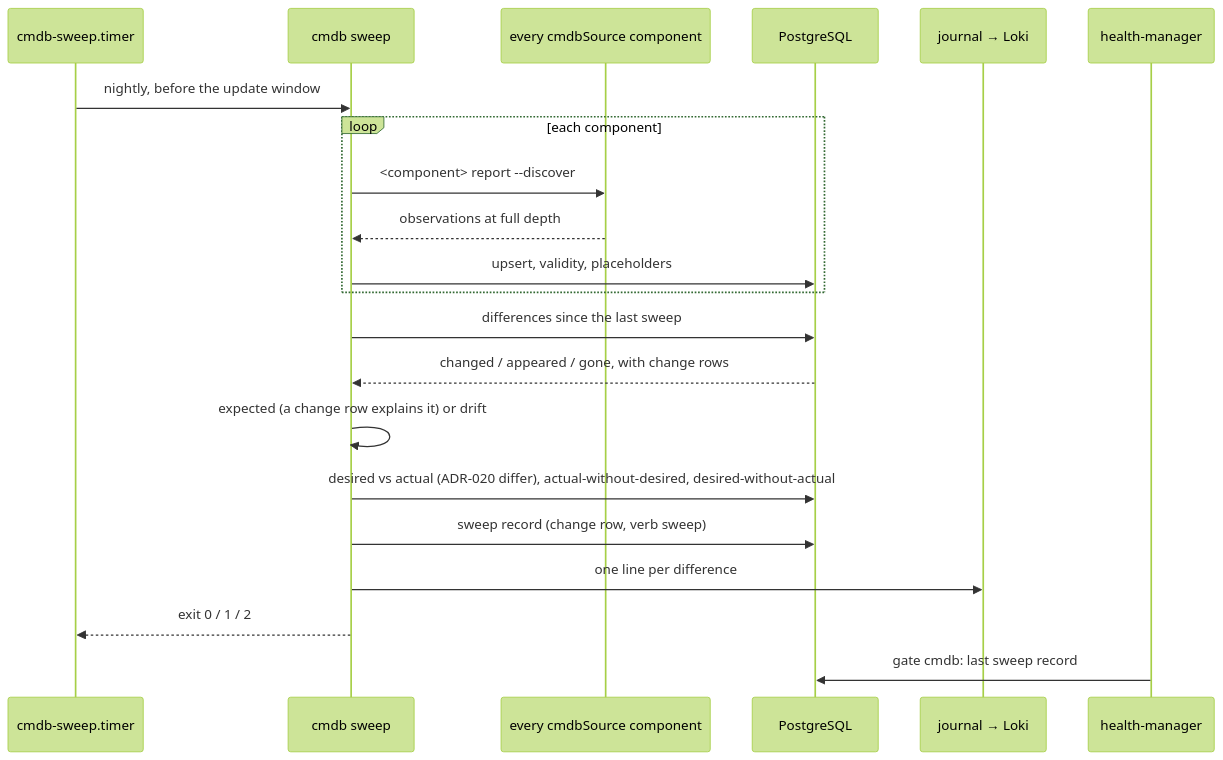
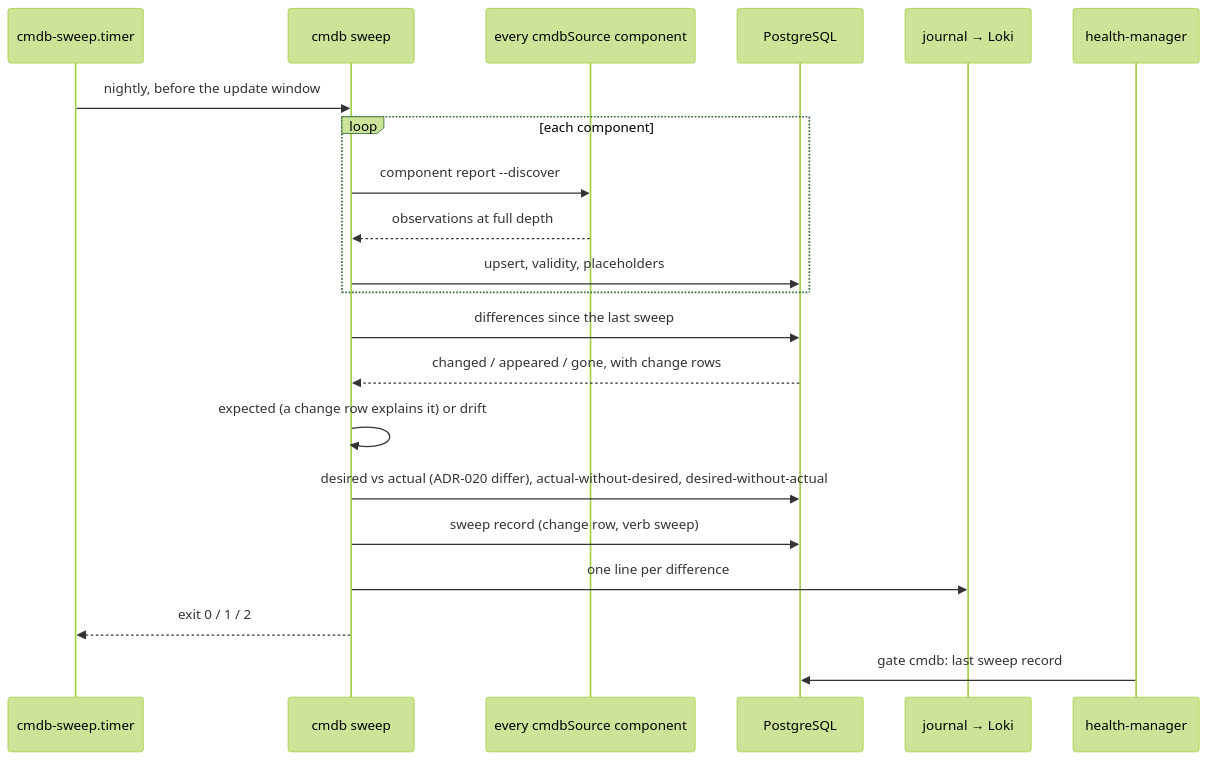
The third of 3 diagrams in src/foundation/tappaas-cicd/controller/cmdb-controller/DESIGN.md (TAPPaaS/TAPPaaS), drawn with Mermaid (forest theme) before and after one commit. The commit also changed other lines of this file, not shown here.

First line of the commit message:
docs(cmdb): mermaid labels quoted so renderers parse them

````diff
--- a/src/foundation/tappaas-cicd/controller/cmdb-controller/DESIGN.md
+++ b/src/foundation/tappaas-cicd/controller/cmdb-controller/DESIGN.md
@@ -325,24 +325,24 @@
 ```mermaid
 sequenceDiagram
   participant T as cmdb-sweep.timer
   participant S as cmdb sweep
   participant M as every cmdbSource component
   participant D as PostgreSQL
   participant J as journal → Loki
   participant H as health-manager
 
   T->>S: nightly, before the update window
   loop each component
-    S->>M: <component> report --discover
+    S->>M: component report --discover
     M-->>S: observations at full depth
     S->>D: upsert, validity, placeholders
   end
   S->>D: differences since the last sweep
   D-->>S: changed / appeared / gone, with change rows
   S->>S: expected (a change row explains it) or drift
   S->>D: desired vs actual (ADR-020 differ), actual-without-desired, desired-without-actual
   S->>D: sweep record (change row, verb sweep)
   S->>J: one line per difference
   S-->>T: exit 0 / 1 / 2
   H->>D: gate cmdb: last sweep record
 ```
````
